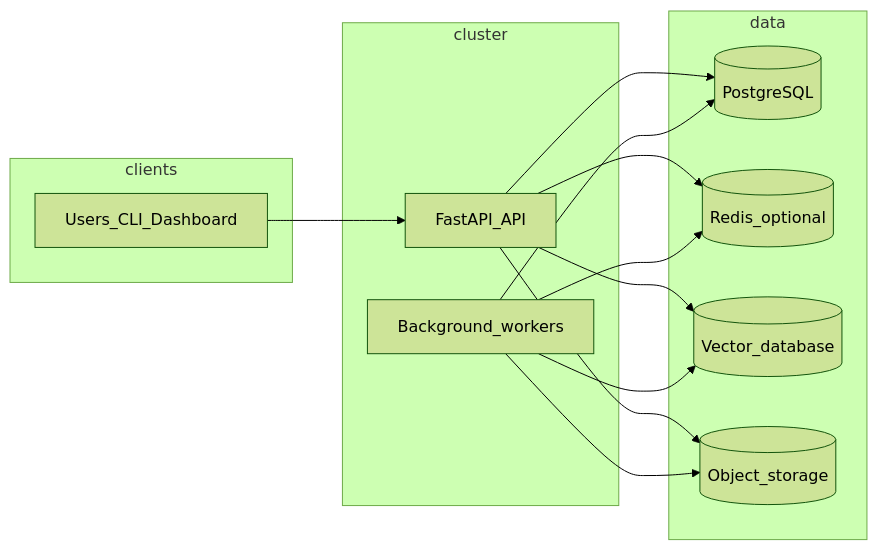
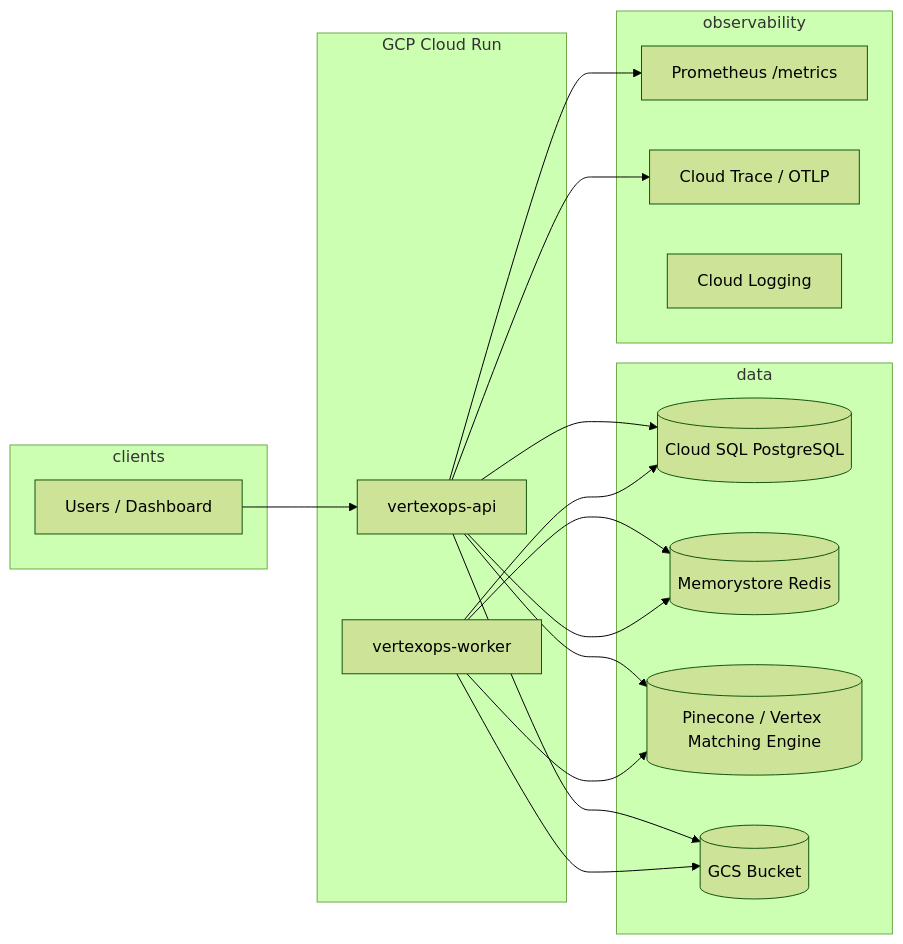
Before and after one commit to anulsasidharan/VertexOps: the diagram in docs/DEPLOYMENT.md, drawn with Mermaid (forest theme). The commit also changed other lines of this file and 5 other files, not shown here.

First line of the commit message:
feat(gcp): Cloud Run manifests, Cloud Build pipeline, and IAM setup (Task #38)

````diff
--- a/docs/DEPLOYMENT.md
+++ b/docs/DEPLOYMENT.md
@@ -9,25 +23,29 @@
 ```mermaid
 flowchart LR
   subgraph clients
-    U[Users_CLI_Dashboard]
+    U[Users / Dashboard]
   end
-  subgraph cluster
-    API[FastAPI_API]
-    WRK[Background_workers]
+  subgraph GCP Cloud Run
+    API[vertexops-api]
+    WRK[vertexops-worker]
   end
   subgraph data
-    PG[(PostgreSQL)]
-    RD[(Redis_optional)]
-    VDB[(Vector_database)]
-    OBJ[(Object_storage)]
+    PG[(Cloud SQL PostgreSQL)]
+    RD[(Memorystore Redis)]
+    VDB[(Pinecone / Vertex Matching Engine)]
+    OBJ[(GCS Bucket)]
+  end
+  subgraph observability
+    PROM[Prometheus /metrics]
+    OTEL[Cloud Trace / OTLP]
+    LOG[Cloud Logging]
   end
   U --> API
   API --> PG
   API --> VDB
   API --> OBJ
-  WRK --> PG
-  WRK --> VDB
-  WRK --> OBJ
+  API --> PROM
+  API --> OTEL
+  WRK --> PG & VDB & OBJ & RD
   API --> RD
-  WRK --> RD
 ```
````
